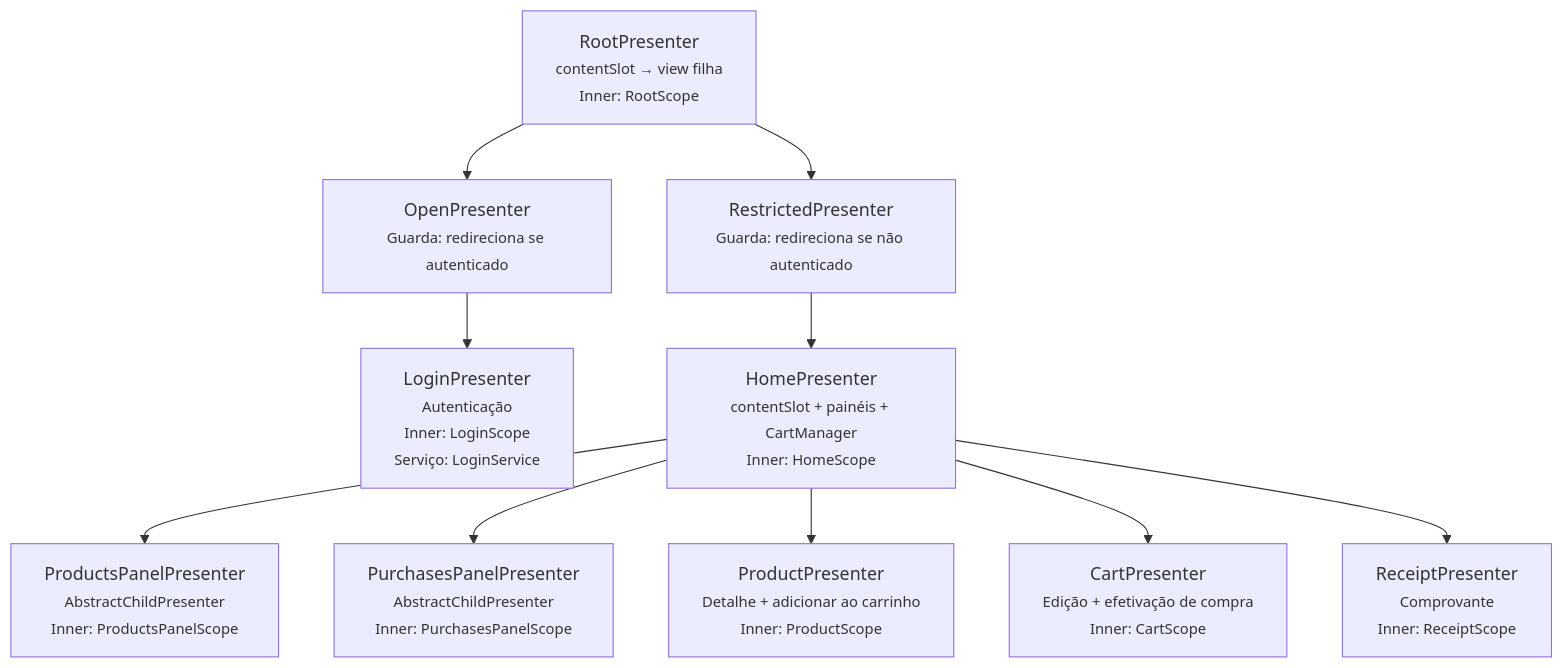
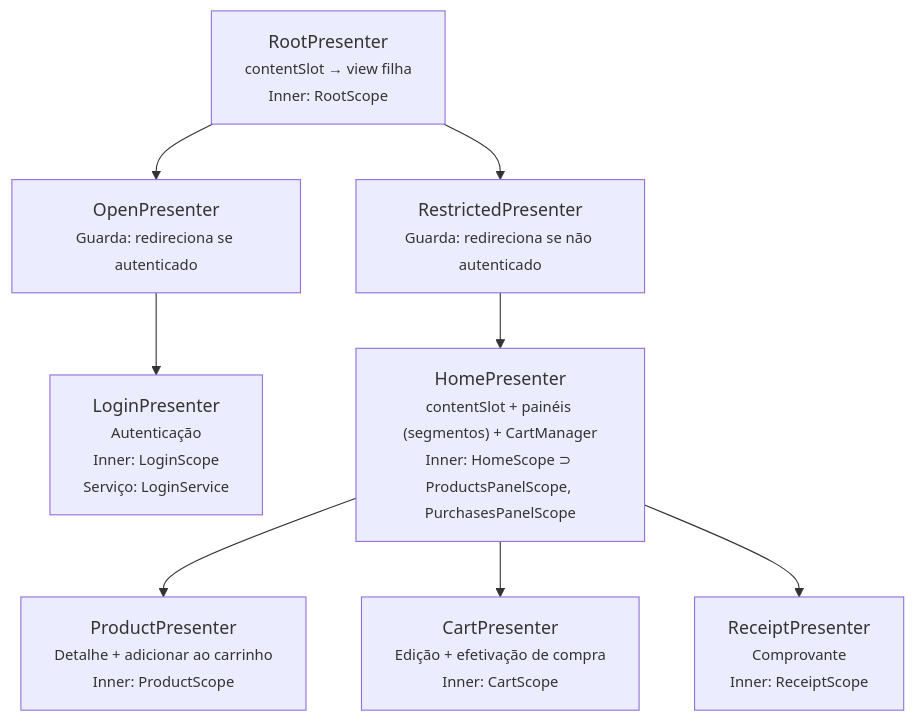
The third of 3 diagrams in fontes/br.com.wdc.shopping/br.com.wdc.shopping.presentation/README.md (mrcdom/wdc-cube-java-v2), drawn with Mermaid before and after one commit. The commit also changed other lines of this file and 41 other files, not shown here.

````diff
--- a/fontes/br.com.wdc.shopping/br.com.wdc.shopping.presentation/README.md
+++ b/fontes/br.com.wdc.shopping/br.com.wdc.shopping.presentation/README.md
@@ -99,17 +96,15 @@
 ```mermaid
 graph TD
     RootP["RootPresenter<br/><small>contentSlot → view filha<br/>Inner: RootScope</small>"]
 
     RootP --> OpenP["OpenPresenter<br/><small>Guarda: redireciona se autenticado</small>"]
     RootP --> RestrictedP["RestrictedPresenter<br/><small>Guarda: redireciona se não autenticado</small>"]
 
     OpenP --> LoginP["LoginPresenter<br/><small>Autenticação<br/>Inner: LoginScope<br/>Serviço: LoginService</small>"]
 
-    RestrictedP --> HomeP["HomePresenter<br/><small>contentSlot + painéis + CartManager<br/>Inner: HomeScope</small>"]
+    RestrictedP --> HomeP["HomePresenter<br/><small>contentSlot + painéis (segmentos) + CartManager<br/>Inner: HomeScope ⊃ ProductsPanelScope, PurchasesPanelScope</small>"]
 
-    HomeP --> ProdPanelP["ProductsPanelPresenter<br/><small>AbstractChildPresenter<br/>Inner: ProductsPanelScope</small>"]
-    HomeP --> PurchPanelP["PurchasesPanelPresenter<br/><small>AbstractChildPresenter<br/>Inner: PurchasesPanelScope</small>"]
     HomeP --> ProductP["ProductPresenter<br/><small>Detalhe + adicionar ao carrinho<br/>Inner: ProductScope</small>"]
     HomeP --> CartP["CartPresenter<br/><small>Edição + efetivação de compra<br/>Inner: CartScope</small>"]
     HomeP --> ReceiptP["ReceiptPresenter<br/><small>Comprovante<br/>Inner: ReceiptScope</small>"]
 ```
````
